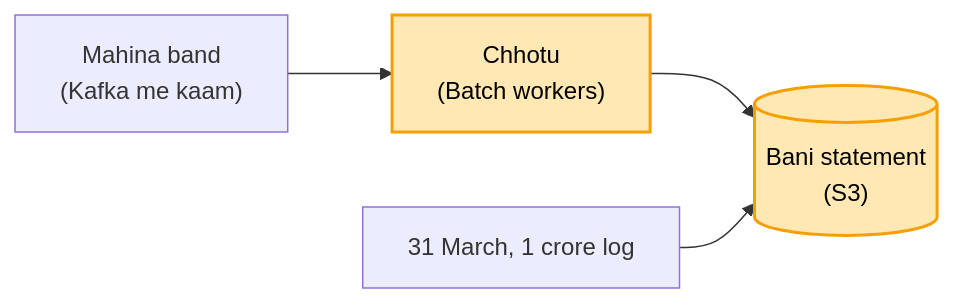
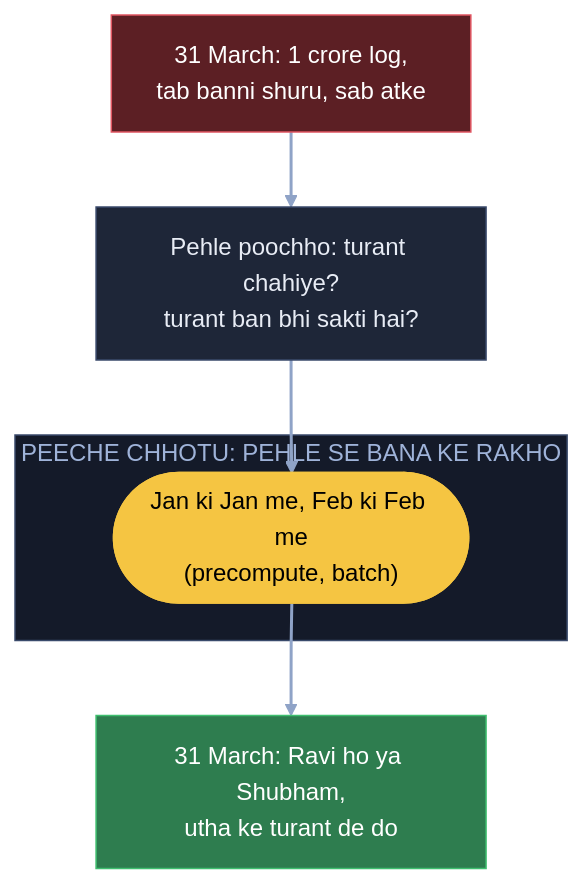
Diagram 14 of 20 in 04_HLD/SYSTEM_DESIGNS/13_banking_system/13_banking_system.md (ArpanMaheshwari144/Prep), drawn with Mermaid before and after one commit. The commit also changed other lines of this file, not shown here.

Commit message:
Banking: 20 diagram hand notes ke shabdon se (branch, register, diary, laptop, photocopy, chhotu)

````diff
--- a/04_HLD/SYSTEM_DESIGNS/13_banking_system/13_banking_system.md
+++ b/04_HLD/SYSTEM_DESIGNS/13_banking_system/13_banking_system.md
@@ -298,8 +466,18 @@
 ```mermaid
-flowchart LR
-    K["Mahina band<br/>(Kafka me kaam)"] --> W["Chhotu<br/>(Batch workers)"]
-    W --> S[("Bani statement<br/>(S3)")]
-    U["31 March, 1 crore log"] --> S
-    style W fill:#ffe8b3,stroke:#f59f00,stroke-width:2px,color:#000
-    style S fill:#ffe8b3,stroke:#f59f00,stroke-width:2px,color:#000
+flowchart TB
+    X["31 March: 1 crore log,<br/>tab banni shuru, sab atke"]:::bad
+    Q["Pehle poochho: turant chahiye?<br/>turant ban bhi sakti hai?"]:::card
+    subgraph PC["PEECHE CHHOTU: PEHLE SE BANA KE RAKHO"]
+        J(["Jan ki Jan me, Feb ki Feb me<br/>(precompute, batch)"]):::pill
+    end
+    OK["31 March: Ravi ho ya Shubham,<br/>utha ke turant de do"]:::good
+    X --> Q
+    Q --> J
+    J --> OK
+    linkStyle default stroke:#8fa3c7,stroke-width:2px
+    classDef card fill:#1e2638,stroke:#3a4a6b,color:#e8ecf5
+    classDef pill fill:#f5c542,stroke:#f5c542,color:#000
+    classDef good fill:#2e7d4f,stroke:#3fbf6f,color:#fff
+    classDef bad fill:#5c1f24,stroke:#e05561,color:#fff
+    style PC fill:#141a29,stroke:#3a4a6b,color:#9fb3d9
 ```
````
